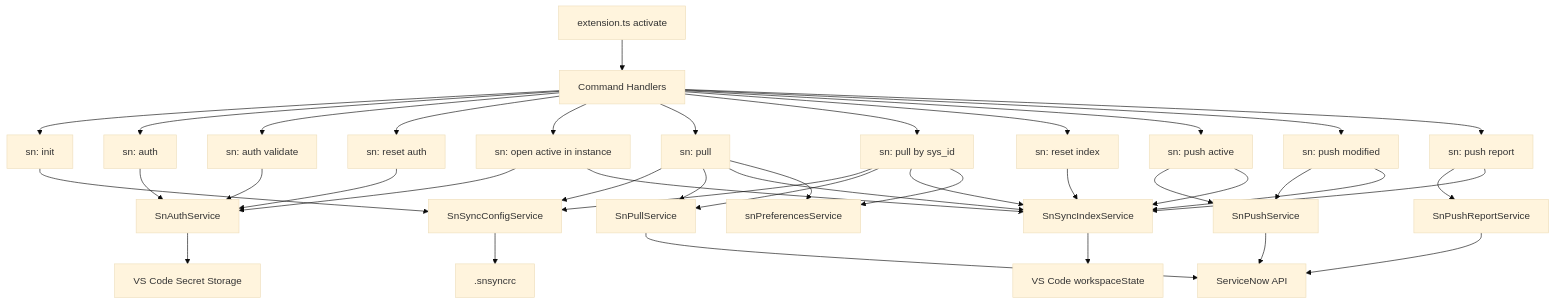
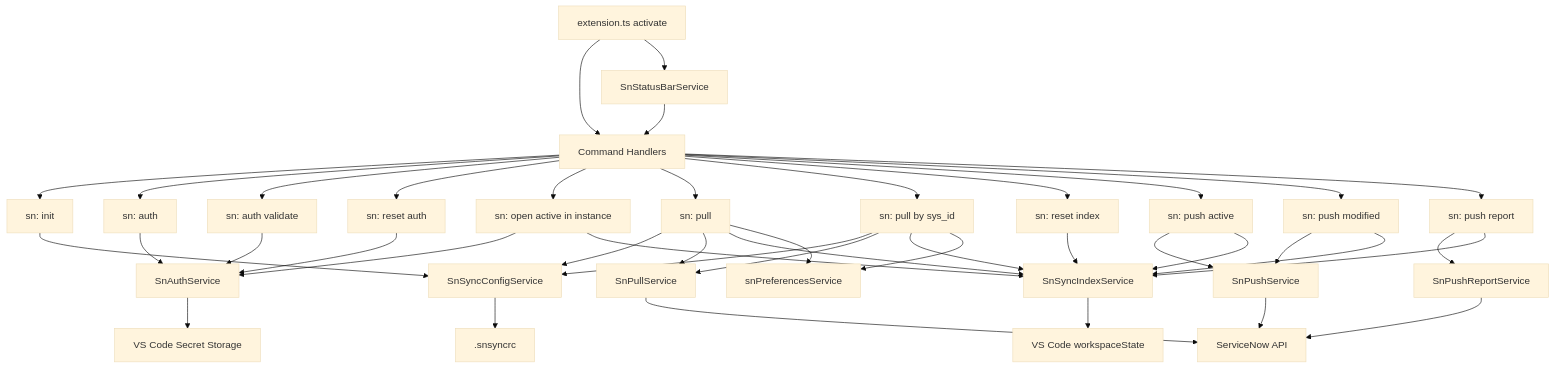
One commit to AlexAlvarez092/sn-sync changed the diagram in docs/architecture.md. Above: the diagram before and after it, drawn with Mermaid (base theme). The commit also changed other lines of this file and 1 other file, not shown here.

Commit message:
feat(status-bar): enhance documentation for status bar shortcuts and behavior

````diff
--- a/docs/architecture.md
+++ b/docs/architecture.md
@@ -168,52 +176,55 @@
 ```mermaid
 flowchart TD
   EXT[extension.ts activate] --> CMD[Command Handlers]
 
   CMD --> INIT[sn: init]
   CMD --> AUTH[sn: auth]
   CMD --> AUTHV[sn: auth validate]
   CMD --> AUTHR[sn: reset auth]
   CMD --> OPEN[sn: open active in instance]
   CMD --> PULL[sn: pull]
   CMD --> PULLID[sn: pull by sys_id]
   CMD --> RESET[sn: reset index]
   CMD --> PUSHA[sn: push active]
   CMD --> PUSHM[sn: push modified]
   CMD --> PUSHR[sn: push report]
+  EXT --> SB[SnStatusBarService]
 
   INIT --> CFG[SnSyncConfigService]
   AUTH --> AUTHS[SnAuthService]
   AUTHV --> AUTHS
   AUTHR --> AUTHS
   OPEN --> AUTHS
   OPEN --> INDEX
 
   PULL --> CFG
   PULL --> PULLS[SnPullService]
   PULL --> INDEX[SnSyncIndexService]
   PULL --> PREF[snPreferencesService]
 
   PULLID --> CFG
   PULLID --> PULLS
   PULLID --> INDEX
   PULLID --> PREF
 
   RESET --> INDEX
 
   PUSHA --> PUSHS[SnPushService]
   PUSHA --> INDEX
 
   PUSHM --> PUSHS
   PUSHM --> INDEX
 
   PUSHR --> REP[SnPushReportService]
   PUSHR --> INDEX
 
+  SB --> CMD
+
   PULLS --> SN[ServiceNow API]
   PUSHS --> SN
   REP --> SN
 
   INDEX --> WS[VS Code workspaceState]
   AUTHS --> SEC[VS Code Secret Storage]
   CFG --> RC[.snsyncrc]
 ```
````
